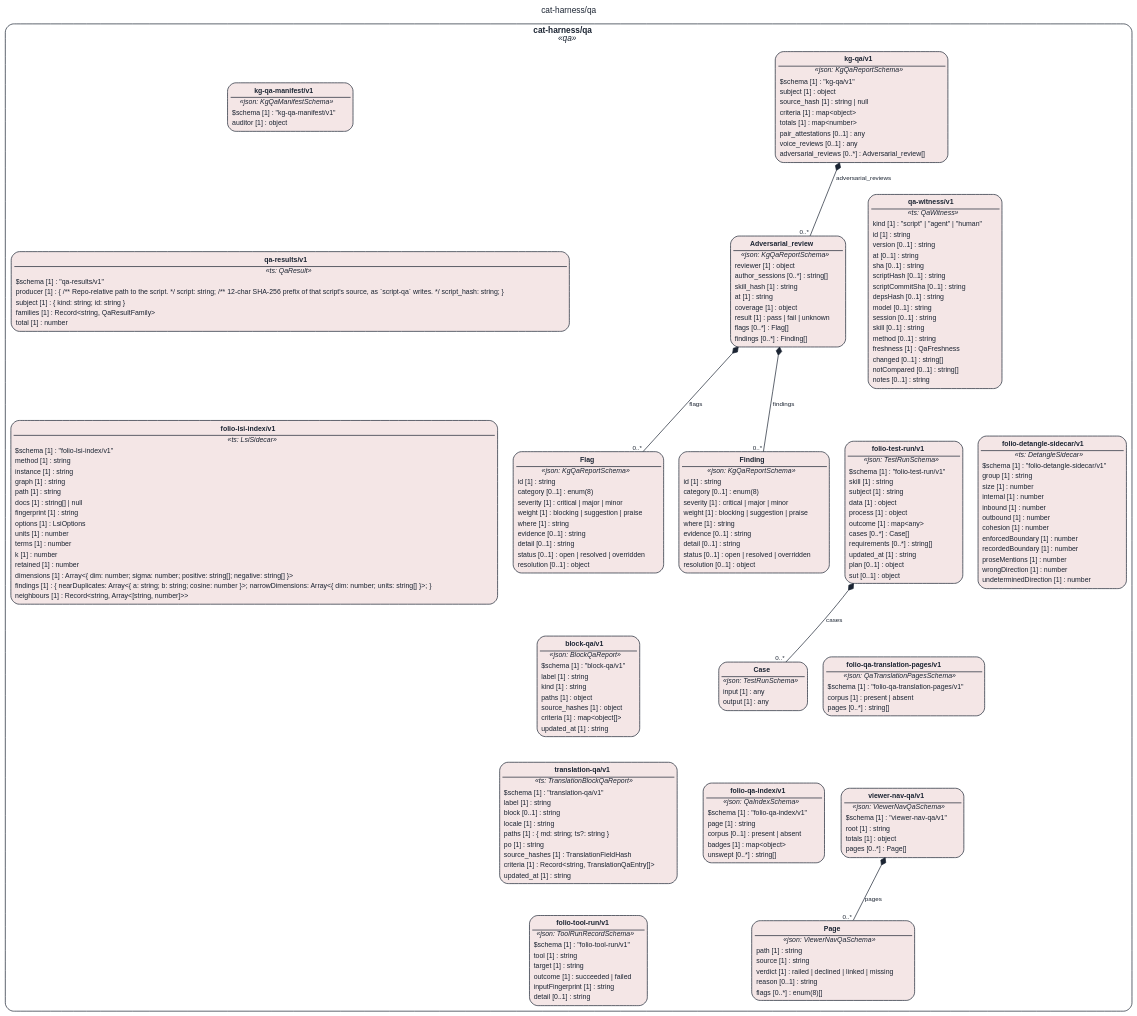
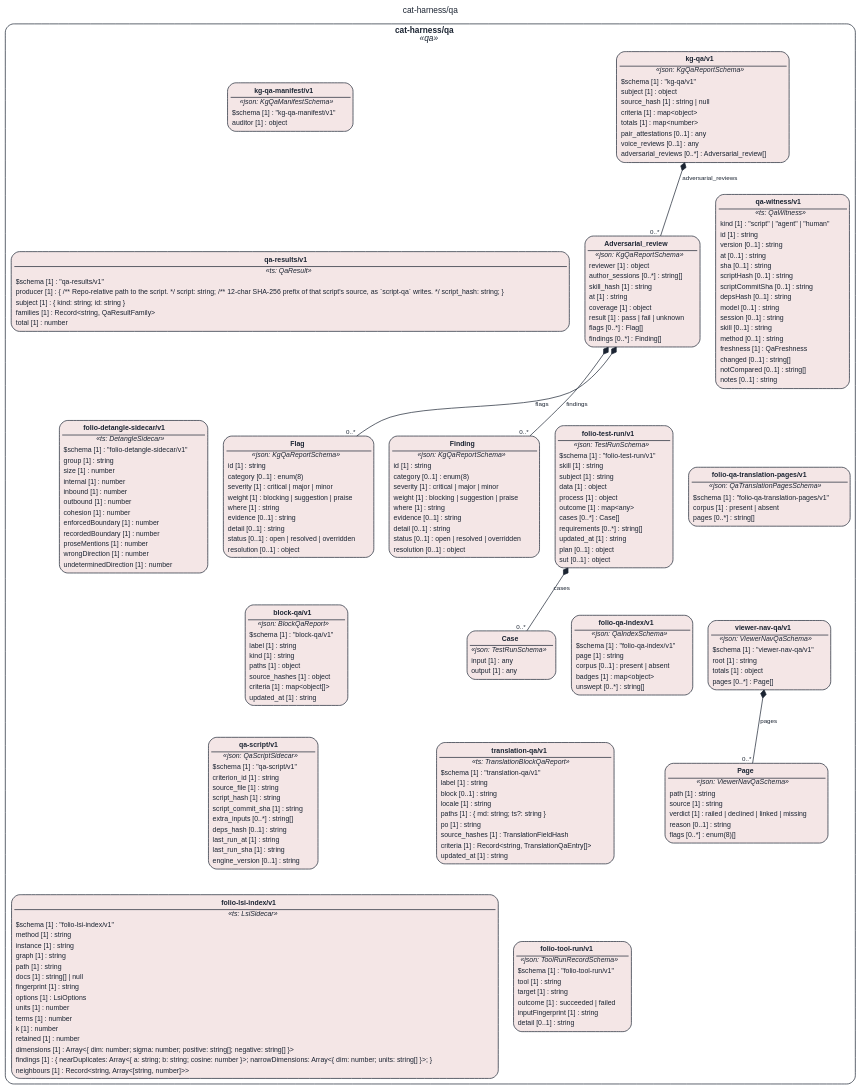
One commit to litlfred/smart-ra changed the diagram in assets/img/uml/overview/cat-harness/qa.dot. Above: the diagram before and after it, drawn with Graphviz. The commit also changed 5992 other files, not shown here.

```diff
--- a/assets/img/uml/overview/cat-harness/qa.dot
+++ b/assets/img/uml/overview/cat-harness/qa.dot
@@ -16,6 +16,7 @@
     "cat_harness_qa_folio_test_run_v1_folio_test_run_v1" [fillcolor="#f4e6e6", class="fa_uml_kind_qa", label=<<table border="0" cellborder="0" cellspacing="0" cellpadding="2"><tr><td border="1" sides="b"><b>folio-test-run/v1</b></td></tr><tr><td><i>«json: TestRunSchema»</i></td></tr><tr><td align="left">$schema [1] : &quot;folio-test-run/v1&quot;</td></tr><tr><td align="left">skill [1] : string</td></tr><tr><td align="left">subject [1] : string</td></tr><tr><td align="left">data [1] : object</td></tr><tr><td align="left">process [1] : object</td></tr><tr><td align="left">outcome [1] : map&lt;any&gt;</td></tr><tr><td align="left">cases [0..*] : Case[]</td></tr><tr><td align="left">requirements [0..*] : string[]</td></tr><tr><td align="left">updated_at [1] : string</td></tr><tr><td align="left">plan [0..1] : object</td></tr><tr><td align="left">sut [0..1] : object</td></tr></table>>];
     "cat_harness_qa_qa_witness_v1" [fillcolor="#f4e6e6", class="fa_uml_kind_qa", label=<<table border="0" cellborder="0" cellspacing="0" cellpadding="2"><tr><td border="1" sides="b"><b>qa-witness/v1</b></td></tr><tr><td><i>«ts: QaWitness»</i></td></tr><tr><td align="left">kind [1] : &quot;script&quot; | &quot;agent&quot; | &quot;human&quot;</td></tr><tr><td align="left">id [1] : string</td></tr><tr><td align="left">version [0..1] : string</td></tr><tr><td align="left">at [0..1] : string</td></tr><tr><td align="left">sha [0..1] : string</td></tr><tr><td align="left">scriptHash [0..1] : string</td></tr><tr><td align="left">scriptCommitSha [0..1] : string</td></tr><tr><td align="left">depsHash [0..1] : string</td></tr><tr><td align="left">model [0..1] : string</td></tr><tr><td align="left">session [0..1] : string</td></tr><tr><td align="left">skill [0..1] : string</td></tr><tr><td align="left">method [0..1] : string</td></tr><tr><td align="left">freshness [1] : QaFreshness</td></tr><tr><td align="left">changed [0..1] : string[]</td></tr><tr><td align="left">notCompared [0..1] : string[]</td></tr><tr><td align="left">notes [0..1] : string</td></tr></table>>];
     "cat_harness_qa_qa_results_v1" [fillcolor="#f4e6e6", class="fa_uml_kind_qa", label=<<table border="0" cellborder="0" cellspacing="0" cellpadding="2"><tr><td border="1" sides="b"><b>qa-results/v1</b></td></tr><tr><td><i>«ts: QaResult»</i></td></tr><tr><td align="left">$schema [1] : &quot;qa-results/v1&quot;</td></tr><tr><td align="left">producer [1] : { /** Repo-relative path to the script. */ script: string; /** 12-char SHA-256 prefix of that script's source, as `script-qa` writes. */ script_hash: string; }</td></tr><tr><td align="left">subject [1] : { kind: string; id: string }</td></tr><tr><td align="left">families [1] : Record&lt;string, QaResultFamily&gt;</td></tr><tr><td align="left">total [1] : number</td></tr></table>>];
+    "cat_harness_qa_qa_script_v1_qa_script_v1" [fillcolor="#f4e6e6", class="fa_uml_kind_qa", label=<<table border="0" cellborder="0" cellspacing="0" cellpadding="2"><tr><td border="1" sides="b"><b>qa-script/v1</b></td></tr><tr><td><i>«json: QaScriptSidecar»</i></td></tr><tr><td align="left">$schema [1] : &quot;qa-script/v1&quot;</td></tr><tr><td align="left">criterion_id [1] : string</td></tr><tr><td align="left">source_file [1] : string</td></tr><tr><td align="left">script_hash [1] : string</td></tr><tr><td align="left">script_commit_sha [1] : string</td></tr><tr><td align="left">extra_inputs [0..*] : string[]</td></tr><tr><td align="left">deps_hash [0..1] : string</td></tr><tr><td align="left">last_run_at [1] : string</td></tr><tr><td align="left">last_run_sha [1] : string</td></tr><tr><td align="left">engine_version [0..1] : string</td></tr></table>>];
     "cat_harness_qa_translation_qa_v1" [fillcolor="#f4e6e6", class="fa_uml_kind_qa", label=<<table border="0" cellborder="0" cellspacing="0" cellpadding="2"><tr><td border="1" sides="b"><b>translation-qa/v1</b></td></tr><tr><td><i>«ts: TranslationBlockQaReport»</i></td></tr><tr><td align="left">$schema [1] : &quot;translation-qa/v1&quot;</td></tr><tr><td align="left">label [1] : string</td></tr><tr><td align="left">block [0..1] : string</td></tr><tr><td align="left">locale [1] : string</td></tr><tr><td align="left">paths [1] : { md: string; ts?: string }</td></tr><tr><td align="left">po [1] : string</td></tr><tr><td align="left">source_hashes [1] : TranslationFieldHash</td></tr><tr><td align="left">criteria [1] : Record&lt;string, TranslationQaEntry[]&gt;</td></tr><tr><td align="left">updated_at [1] : string</td></tr></table>>];
     "cat_harness_qa_folio_qa_index_v1_folio_qa_index_v1" [fillcolor="#f4e6e6", class="fa_uml_kind_qa", label=<<table border="0" cellborder="0" cellspacing="0" cellpadding="2"><tr><td border="1" sides="b"><b>folio-qa-index/v1</b></td></tr><tr><td><i>«json: QaIndexSchema»</i></td></tr><tr><td align="left">$schema [1] : &quot;folio-qa-index/v1&quot;</td></tr><tr><td align="left">page [1] : string</td></tr><tr><td align="left">corpus [0..1] : present | absent</td></tr><tr><td align="left">badges [1] : map&lt;object&gt;</td></tr><tr><td align="left">unswept [0..*] : string[]</td></tr></table>>];
     "cat_harness_qa_folio_qa_translation_pages_v1_folio_qa_translation_pages_v1" [fillcolor="#f4e6e6", class="fa_uml_kind_qa", label=<<table border="0" cellborder="0" cellspacing="0" cellpadding="2"><tr><td border="1" sides="b"><b>folio-qa-translation-pages/v1</b></td></tr><tr><td><i>«json: QaTranslationPagesSchema»</i></td></tr><tr><td align="left">$schema [1] : &quot;folio-qa-translation-pages/v1&quot;</td></tr><tr><td align="left">corpus [1] : present | absent</td></tr><tr><td align="left">pages [0..*] : string[]</td></tr></table>>];
@@ -35,11 +36,12 @@
   "cat_harness_qa_kg_qa_v1_Adversarial_review" -> "cat_harness_qa_folio_test_run_v1_folio_test_run_v1" [style=invis, class="kg-graph-anchor"];
   "cat_harness_qa_kg_qa_v1_kg_qa_v1" -> "cat_harness_qa_qa_witness_v1" [style=invis, class="kg-graph-anchor"];
   "cat_harness_qa_kg_qa_manifest_v1_kg_qa_manifest_v1" -> "cat_harness_qa_qa_results_v1" [style=invis, class="kg-graph-anchor"];
-  "cat_harness_qa_block_qa_v1_block_qa_v1" -> "cat_harness_qa_translation_qa_v1" [style=invis, class="kg-graph-anchor"];
-  "cat_harness_qa_folio_test_run_v1_Case" -> "cat_harness_qa_folio_qa_index_v1_folio_qa_index_v1" [style=invis, class="kg-graph-anchor"];
-  "cat_harness_qa_folio_test_run_v1_folio_test_run_v1" -> "cat_harness_qa_folio_qa_translation_pages_v1_folio_qa_translation_pages_v1" [style=invis, class="kg-graph-anchor"];
-  "cat_harness_qa_qa_witness_v1" -> "cat_harness_qa_folio_detangle_sidecar_v1" [style=invis, class="kg-graph-anchor"];
-  "cat_harness_qa_qa_results_v1" -> "cat_harness_qa_folio_lsi_index_v1" [style=invis, class="kg-graph-anchor"];
+  "cat_harness_qa_block_qa_v1_block_qa_v1" -> "cat_harness_qa_qa_script_v1_qa_script_v1" [style=invis, class="kg-graph-anchor"];
+  "cat_harness_qa_folio_test_run_v1_Case" -> "cat_harness_qa_translation_qa_v1" [style=invis, class="kg-graph-anchor"];
+  "cat_harness_qa_folio_test_run_v1_folio_test_run_v1" -> "cat_harness_qa_folio_qa_index_v1_folio_qa_index_v1" [style=invis, class="kg-graph-anchor"];
+  "cat_harness_qa_qa_witness_v1" -> "cat_harness_qa_folio_qa_translation_pages_v1_folio_qa_translation_pages_v1" [style=invis, class="kg-graph-anchor"];
+  "cat_harness_qa_qa_results_v1" -> "cat_harness_qa_folio_detangle_sidecar_v1" [style=invis, class="kg-graph-anchor"];
+  "cat_harness_qa_qa_script_v1_qa_script_v1" -> "cat_harness_qa_folio_lsi_index_v1" [style=invis, class="kg-graph-anchor"];
   "cat_harness_qa_translation_qa_v1" -> "cat_harness_qa_folio_tool_run_v1_folio_tool_run_v1" [style=invis, class="kg-graph-anchor"];
   "cat_harness_qa_folio_qa_index_v1_folio_qa_index_v1" -> "cat_harness_qa_viewer_nav_qa_v1_Page" [style=invis, class="kg-graph-anchor"];
   "cat_harness_qa_folio_qa_translation_pages_v1_folio_qa_translation_pages_v1" -> "cat_harness_qa_viewer_nav_qa_v1_viewer_nav_qa_v1" [style=invis, class="kg-graph-anchor"];
```
